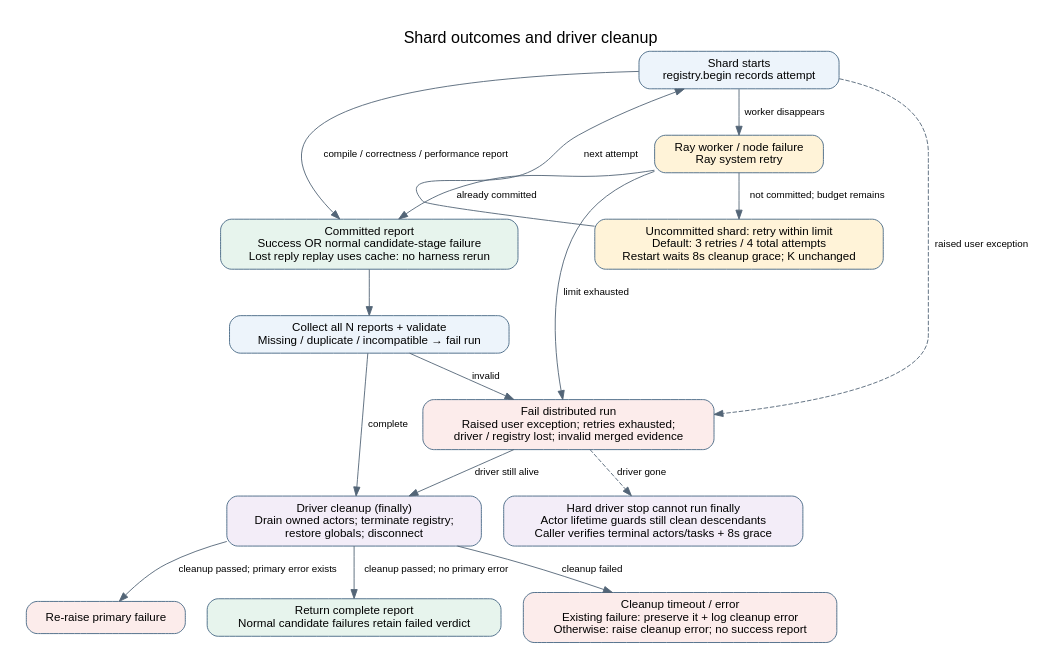
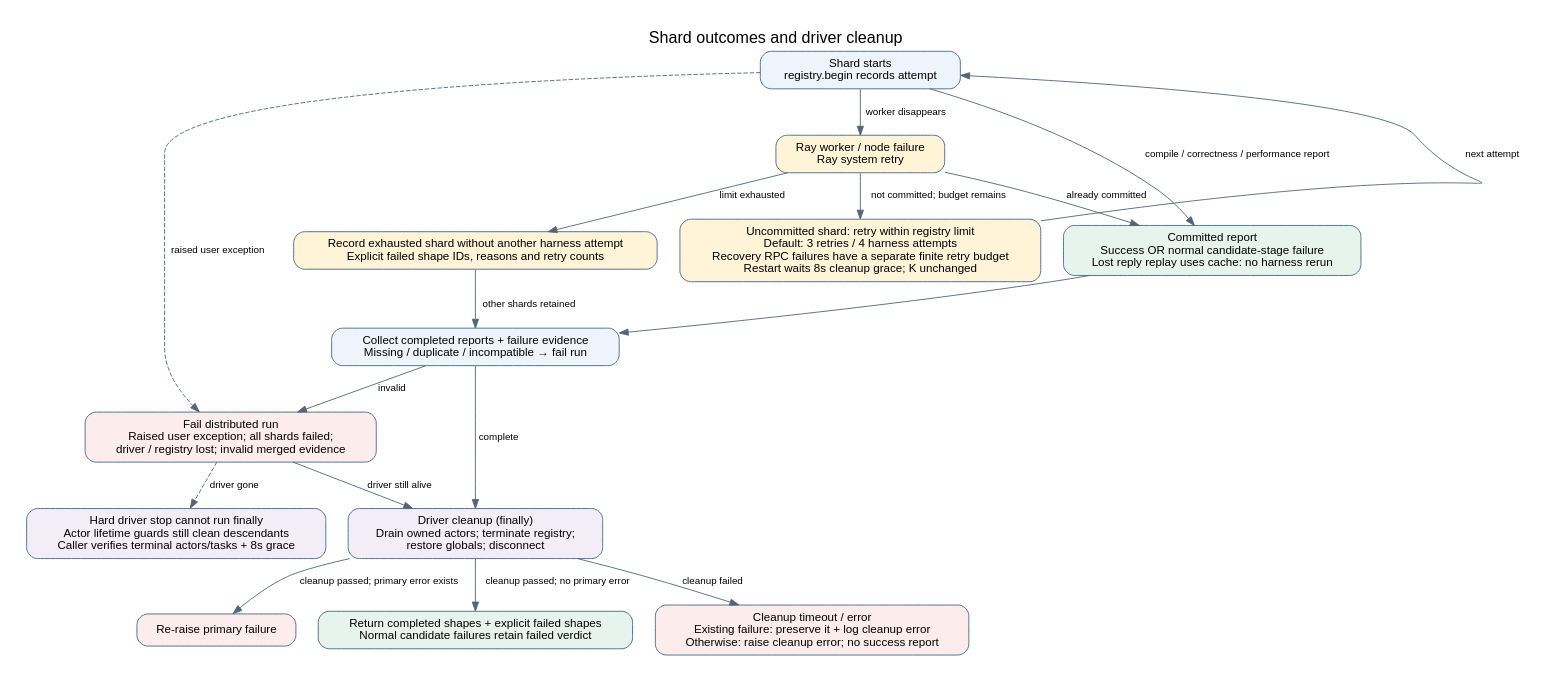
The diagram in docs/diagrams/ray-data-failures.dot (alibaba/atrex-bench), drawn with Graphviz before and after one commit. The commit also changed 8 other files, not shown here.

```diff
--- a/docs/diagrams/ray-data-failures.dot
+++ b/docs/diagrams/ray-data-failures.dot
@@ -1,33 +1,35 @@
 digraph failures {
   graph [rankdir=TB, bgcolor="white", pad=0.3, nodesep=0.35, ranksep=0.55,
          fontname="Helvetica", fontsize=18, label="Shard outcomes and driver cleanup", labelloc=t];
   node [shape=box, style="rounded,filled", fillcolor="#edf4fb", color="#446683",
         fontname="Helvetica", fontsize=13, margin="0.15,0.10"];
   edge [fontname="Helvetica", fontsize=11, color="#536577"];
   running [label="Shard starts\nregistry.begin records attempt"];
   lost [label="Ray worker / node failure\nRay system retry", fillcolor="#fff3d8"];
-  retry [label="Uncommitted shard: retry within limit\nDefault: 3 retries / 4 total attempts\nRestart waits 8s cleanup grace; K unchanged", fillcolor="#fff3d8"];
+  retry [label="Uncommitted shard: retry within registry limit\nDefault: 3 retries / 4 harness attempts\nRecovery RPC failures have a separate finite retry budget\nRestart waits 8s cleanup grace; K unchanged", fillcolor="#fff3d8"];
   committed [label="Committed report\nSuccess OR normal candidate-stage failure\nLost reply replay uses cache: no harness rerun", fillcolor="#e7f4ed"];
-  merge [label="Collect all N reports + validate\nMissing / duplicate / incompatible → fail run"];
-  fail [label="Fail distributed run\nRaised user exception; retries exhausted;\ndriver / registry lost; invalid merged evidence", fillcolor="#fceceb"];
+  merge [label="Collect completed reports + failure evidence\nMissing / duplicate / incompatible → fail run"];
+  exhausted [label="Record exhausted shard without another harness attempt\nExplicit failed shape IDs, reasons and retry counts", fillcolor="#fff3d8"];
+  fail [label="Fail distributed run\nRaised user exception; all shards failed;\ndriver / registry lost; invalid merged evidence", fillcolor="#fceceb"];
   cleanup [label="Driver cleanup (finally)\nDrain owned actors; terminate registry;\nrestore globals; disconnect", fillcolor="#f3edf8"];
   primary [label="Re-raise primary failure", fillcolor="#fceceb"];
-  result [label="Return complete report\nNormal candidate failures retain failed verdict", fillcolor="#e7f4ed"];
+  result [label="Return completed shapes + explicit failed shapes\nNormal candidate failures retain failed verdict", fillcolor="#e7f4ed"];
   error [label="Cleanup timeout / error\nExisting failure: preserve it + log cleanup error\nOtherwise: raise cleanup error; no success report", fillcolor="#fceceb"];
   hard [label="Hard driver stop cannot run finally\nActor lifetime guards still clean descendants\nCaller verifies terminal actors/tasks + 8s grace", fillcolor="#f3edf8"];
   running -> committed [label="compile / correctness / performance report"];
   running -> lost [label="worker disappears"];
   lost -> committed [label="already committed"];
   lost -> retry [label="not committed; budget remains"];
   retry -> running [label="next attempt", constraint=false];
-  lost -> fail [label="limit exhausted"];
+  lost -> exhausted [label="limit exhausted"];
+  exhausted -> merge [label="other shards retained"];
   running -> fail [label="raised user exception", style=dashed];
   committed -> merge;
   merge -> cleanup [label="complete"];
   merge -> fail [label="invalid"];
   fail -> cleanup [label="driver still alive"];
   cleanup -> primary [label="cleanup passed; primary error exists"];
   cleanup -> result [label="cleanup passed; no primary error"];
   cleanup -> error [label="cleanup failed"];
   fail -> hard [style=dashed, label="driver gone"];
 }
```
